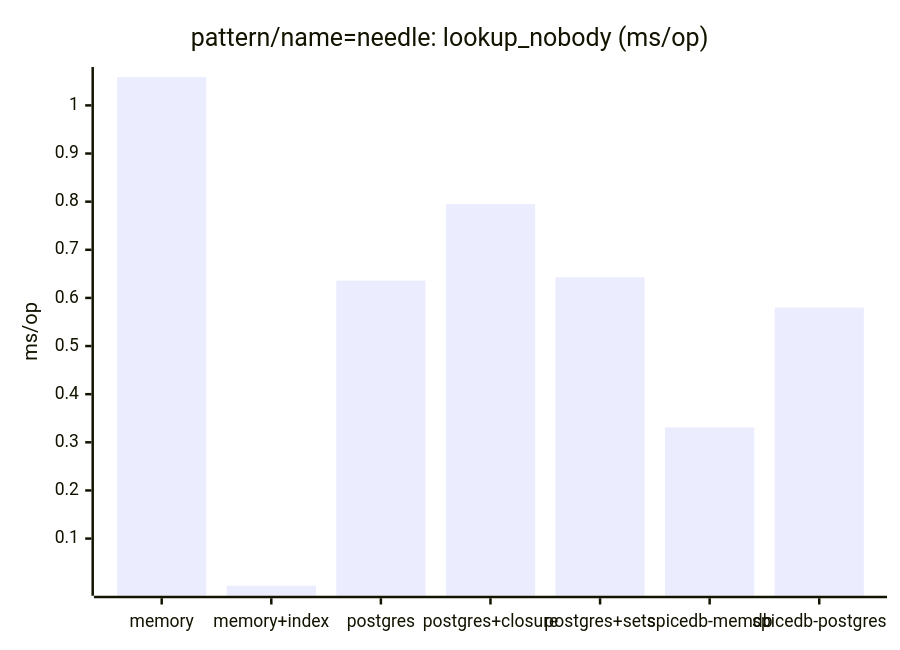
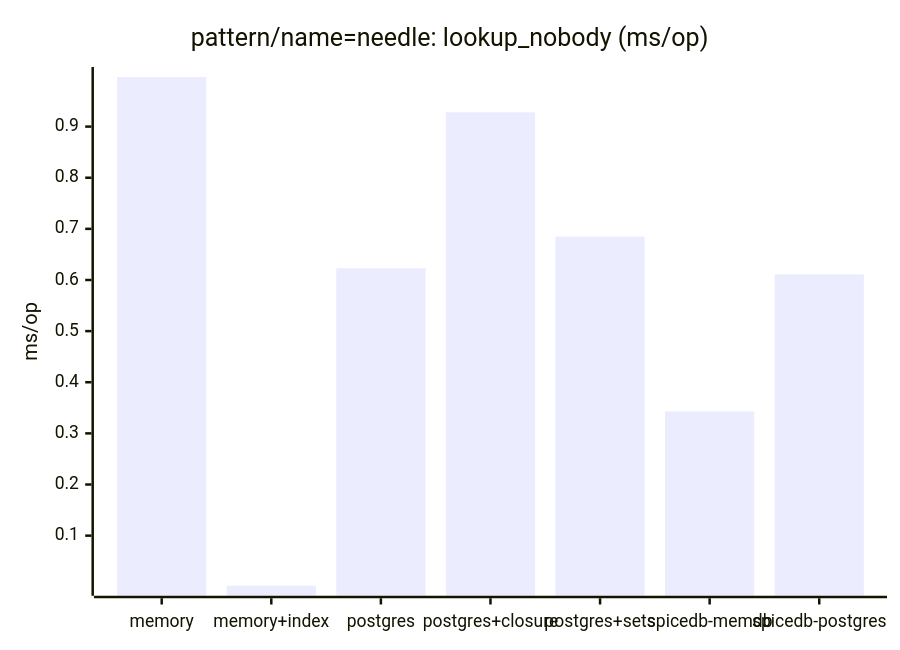
The eighth of 31 diagrams in compare/compare.md (matick-io/authz), drawn with Mermaid before and after one commit. The commit also changed other lines of this file and 2 other files, not shown here.

````diff
--- a/compare/compare.md
+++ b/compare/compare.md
@@ -122,7 +122,7 @@
 ```mermaid
 xychart-beta
     title "pattern/name=needle: lookup_nobody (ms/op)"
     x-axis ["memory", "memory+index", "postgres", "postgres+closure", "postgres+sets", "spicedb-memdb", "spicedb-postgres"]
     y-axis "ms/op"
-    bar [1.059, 0.002, 0.636, 0.795, 0.643, 0.331, 0.580]
+    bar [0.997, 0.002, 0.623, 0.928, 0.685, 0.343, 0.611]
 ```
````
